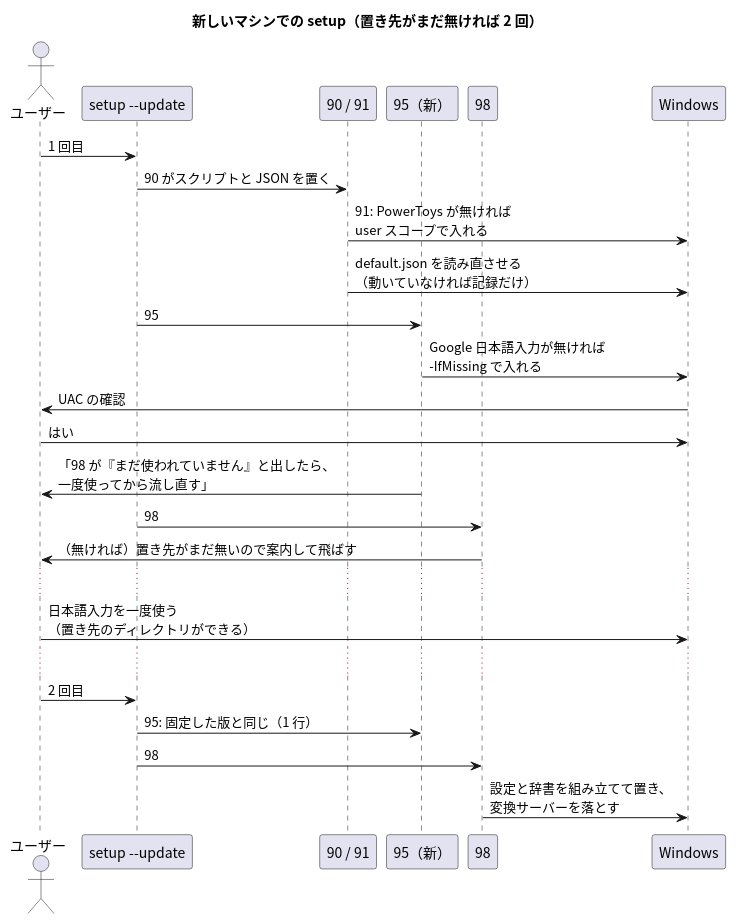
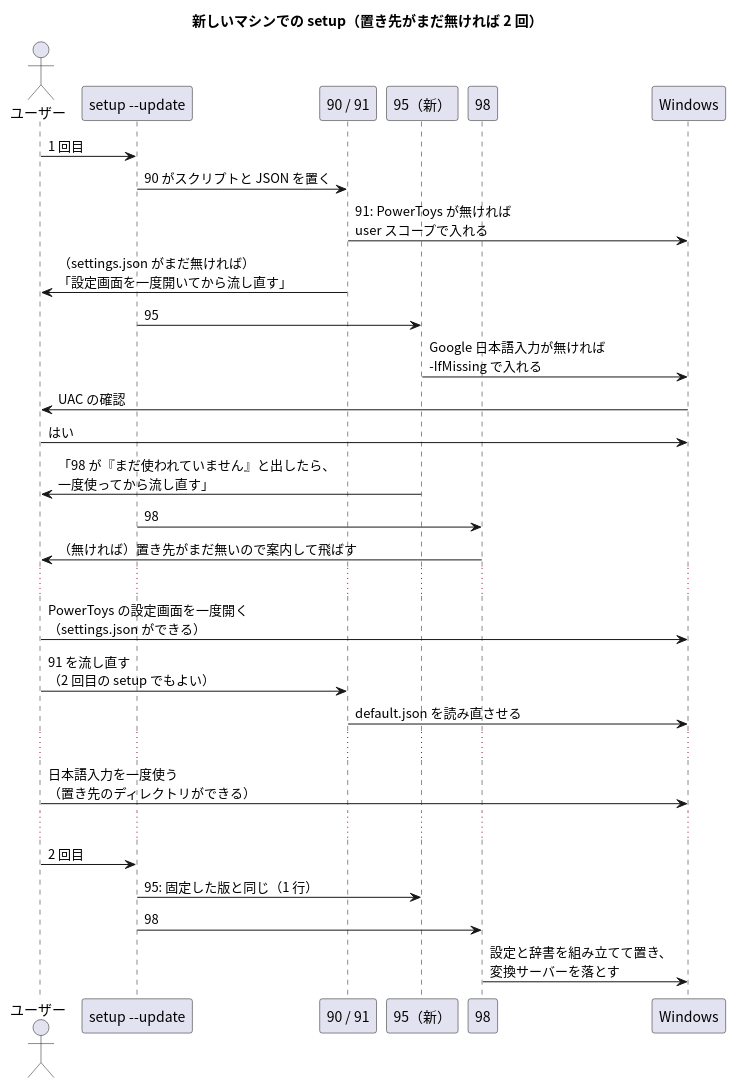
One commit to pollenjp/dotfiles changed the diagram in docs/adr/017_win_apps_winget_20261012T115007JST/plantuml/03_new_machine.puml. Above: the diagram before and after it, drawn with PlantUML. The commit also changed 4 other files, not shown here.

First line of the commit message:
docs: 新しいマシンの流れに、PowerToys の設定画面を一度開いてから 91 を流し直す工程を足す (TKT-143)

```diff
--- a/docs/adr/017_win_apps_winget_20261012T115007JST/plantuml/03_new_machine.puml
+++ b/docs/adr/017_win_apps_winget_20261012T115007JST/plantuml/03_new_machine.puml
@@ -1,36 +1,41 @@
 @startuml
 ' 新しいマシンで setup を流したときの流れ。98 の置き先 (日本語入力を初めて使ったときにできる。
 ' 3.34 の MSI は入れた直後に作る見込み) がまだ無ければ、2 回目の setup で設定と辞書が入る。
+' PowerToys は設定画面を一度開くまで割り当てを読まない (settings.json が無い) ので、開いてから 91 を流し直す。
 skinparam backgroundColor #FFFFFF
 skinparam defaultFontName "Noto Sans CJK JP"
 skinparam shadowing false
 skinparam sequenceMessageAlign left
 
 title 新しいマシンでの setup（置き先がまだ無ければ 2 回）
 
 actor "ユーザー" as U
 participant "setup --update" as S
 participant "90 / 91" as P91
 participant "95（新）" as P95
 participant "98" as P98
 participant "Windows" as W
 
 U -> S : 1 回目
 S -> P91 : 90 がスクリプトと JSON を置く
 P91 -> W : 91: PowerToys が無ければ\nuser スコープで入れる
-P91 -> W : default.json を読み直させる\n（動いていなければ記録だけ）
+P91 -> U : （settings.json がまだ無ければ）\n「設定画面を一度開いてから流し直す」
 S -> P95 : 95
 P95 -> W : Google 日本語入力が無ければ\n-IfMissing で入れる
 W -> U : UAC の確認
 U -> W : はい
 P95 -> U : 「98 が『まだ使われていません』と出したら、\n一度使ってから流し直す」
 S -> P98 : 98
 P98 -> U : （無ければ）置き先がまだ無いので案内して飛ばす
 ...
+U -> W : PowerToys の設定画面を一度開く\n（settings.json ができる）
+U -> P91 : 91 を流し直す\n（2 回目の setup でもよい）
+P91 -> W : default.json を読み直させる
+...
 U -> W : 日本語入力を一度使う\n（置き先のディレクトリができる）
 ...
 U -> S : 2 回目
 S -> P95 : 95: 固定した版と同じ（1 行）
 S -> P98 : 98
 P98 -> W : 設定と辞書を組み立てて置き、\n変換サーバーを落とす
 @enduml
```
